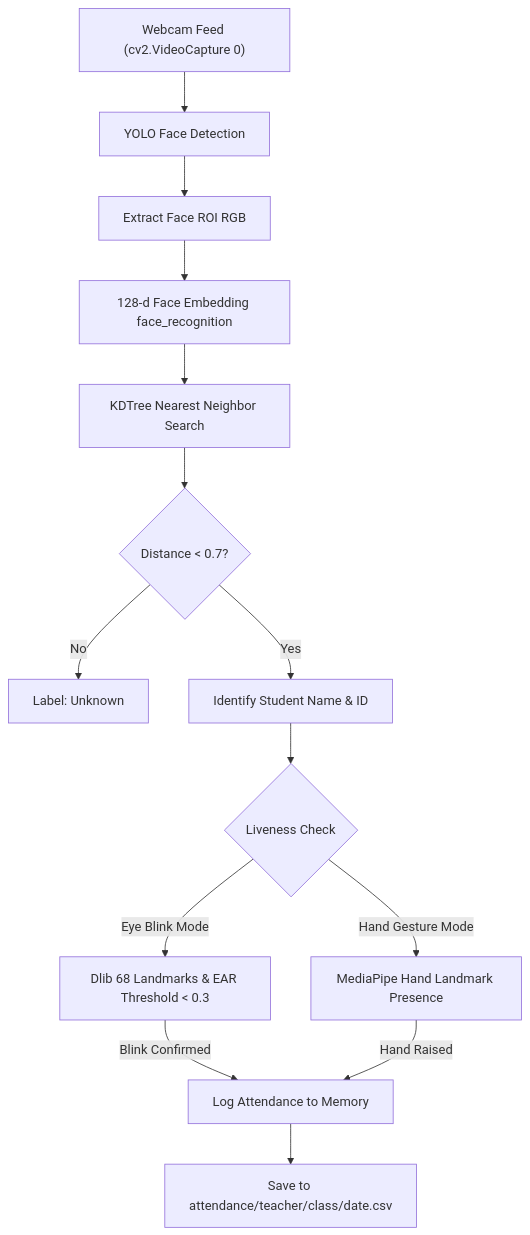
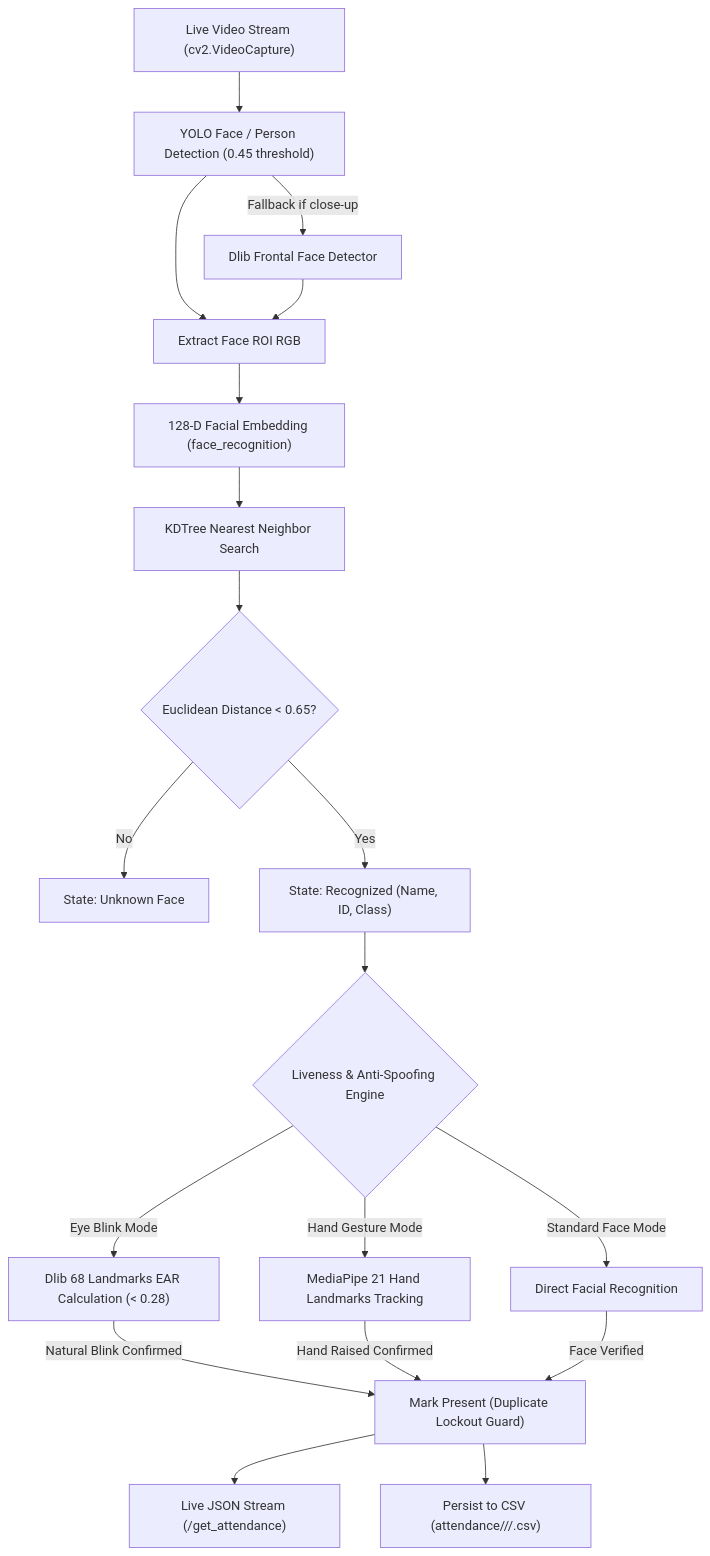
One commit to Kku05/YOLOv5-v8_RealTime_Attendance_Tracking_system changed the diagram in PROJECT_OVERVIEW.md. Above: the diagram before and after it, drawn with Mermaid. The commit also changed other lines of this file and 21 other files, not shown here.

````diff
--- a/PROJECT_OVERVIEW.md
+++ b/PROJECT_OVERVIEW.md
@@ -51,20 +56,26 @@
 ```mermaid
 flowchart TD
-    A["Webcam Feed (cv2.VideoCapture 0)"] --> B["YOLO Face Detection"]
-    B --> C["Extract Face ROI RGB"]
-    C --> D["128-d Face Embedding face_recognition"]
-    D --> E["KDTree Nearest Neighbor Search"]
+    A["Live Video Stream (cv2.VideoCapture)"] --> B["YOLO Face / Person Detection (0.45 threshold)"]
+    B -->|Fallback if close-up| C["Dlib Frontal Face Detector"]
+    B --> D["Extract Face ROI RGB"]
+    C --> D
     
-    E --> F{"Distance < 0.7?"}
-    F -- No --> G["Label: Unknown"]
-    F -- Yes --> H["Identify Student Name & ID"]
+    D --> E["128-D Facial Embedding (face_recognition)"]
+    E --> F["KDTree Nearest Neighbor Search"]
     
-    H --> I{"Liveness Check"}
-    I -- Eye Blink Mode --> J["Dlib 68 Landmarks & EAR Threshold < 0.3"]
-    I -- Hand Gesture Mode --> K["MediaPipe Hand Landmark Presence"]
+    F --> G{"Euclidean Distance < 0.65?"}
+    G -- No --> H["State: Unknown Face"]
+    G -- Yes --> I["State: Recognized (Name, ID, Class)"]
     
-    J -- Blink Confirmed --> L["Log Attendance to Memory"]
-    K -- Hand Raised --> L
+    I --> J{"Liveness & Anti-Spoofing Engine"}
+    J -- Eye Blink Mode --> K["Dlib 68 Landmarks EAR Calculation (< 0.28)"]
+    J -- Hand Gesture Mode --> L["MediaPipe 21 Hand Landmarks Tracking"]
+    J -- Standard Face Mode --> M["Direct Facial Recognition"]
     
-    L --> M["Save to attendance/teacher/class/date.csv"]
+    K -- Natural Blink Confirmed --> N["Mark Present (Duplicate Lockout Guard)"]
+    L -- Hand Raised Confirmed --> N
+    M -- Face Verified --> N
+    
+    N --> O["Live JSON Stream (/get_attendance)"]
+    N --> P["Persist to CSV (attendance/<instructor>/<class>/<date>.csv)"]
 ```
````
